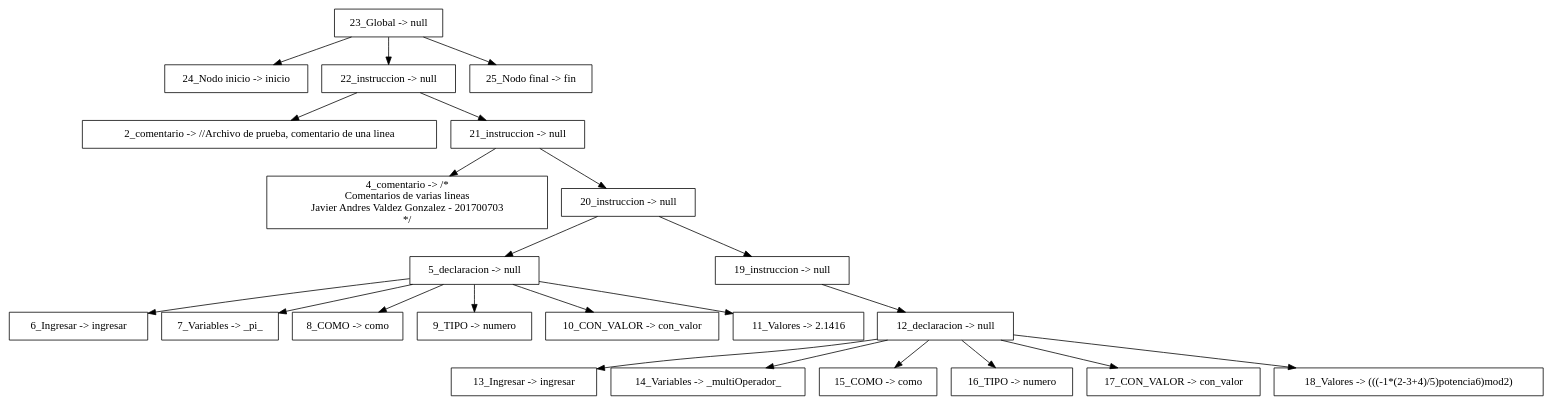
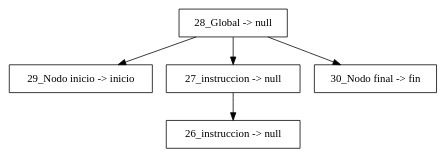
The diagram in back-end/compiladores/src/main/resources/trees/arbol.dot (xavi-val/OLC1-201700703), drawn with Graphviz before and after one commit. The commit also changed 7 other files, not shown here.

Commit message:
quitando el error del comentario multilinea, avanzando con la gramatica sentencia if

```diff
--- a/back-end/compiladores/src/main/resources/trees/arbol.dot
+++ b/back-end/compiladores/src/main/resources/trees/arbol.dot
@@ -1,30 +1,9 @@
 digraph G {node[shape=box, style=filled, color=black, fillcolor=white]; edge[color=black];rankdir=UD 
 
-"23_Global -> null"->"24_Nodo inicio -> inicio"
-"23_Global -> null"->"22_instruccion -> null"
-"22_instruccion -> null"->"2_comentario -> //Archivo de prueba, comentario de una linea"
-"22_instruccion -> null"->"21_instruccion -> null"
-"21_instruccion -> null"->"4_comentario -> /*
-	Comentarios de varias lineas
-	Javier Andres Valdez Gonzalez - 201700703
-*/"
-"21_instruccion -> null"->"20_instruccion -> null"
-"20_instruccion -> null"->"5_declaracion -> null"
-"5_declaracion -> null"->"6_Ingresar -> ingresar"
-"5_declaracion -> null"->"7_Variables -> _pi_"
-"5_declaracion -> null"->"8_COMO -> como"
-"5_declaracion -> null"->"9_TIPO -> numero"
-"5_declaracion -> null"->"10_CON_VALOR -> con_valor"
-"5_declaracion -> null"->"11_Valores -> 2.1416"
-"20_instruccion -> null"->"19_instruccion -> null"
-"19_instruccion -> null"->"12_declaracion -> null"
-"12_declaracion -> null"->"13_Ingresar -> ingresar"
-"12_declaracion -> null"->"14_Variables -> _multiOperador_"
-"12_declaracion -> null"->"15_COMO -> como"
-"12_declaracion -> null"->"16_TIPO -> numero"
-"12_declaracion -> null"->"17_CON_VALOR -> con_valor"
-"12_declaracion -> null"->"18_Valores -> (((-1*(2-3+4)/5)potencia6)mod2)"
-"23_Global -> null"->"25_Nodo final -> fin"
+"28_Global -> null"->"29_Nodo inicio -> inicio"
+"28_Global -> null"->"27_instruccion -> null"
+"27_instruccion -> null"->"26_instruccion -> null"
+"28_Global -> null"->"30_Nodo final -> fin"
 
 
 }
```
